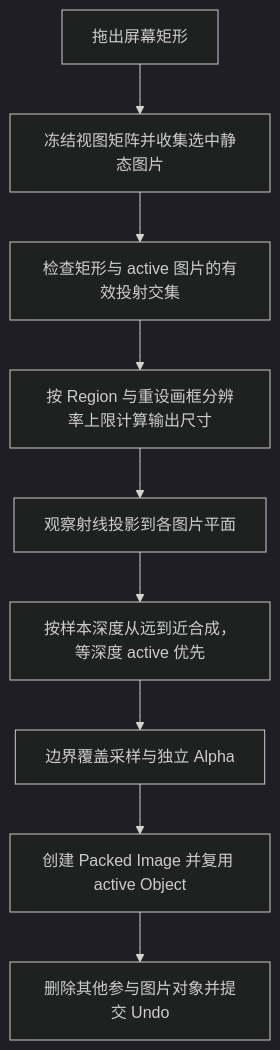
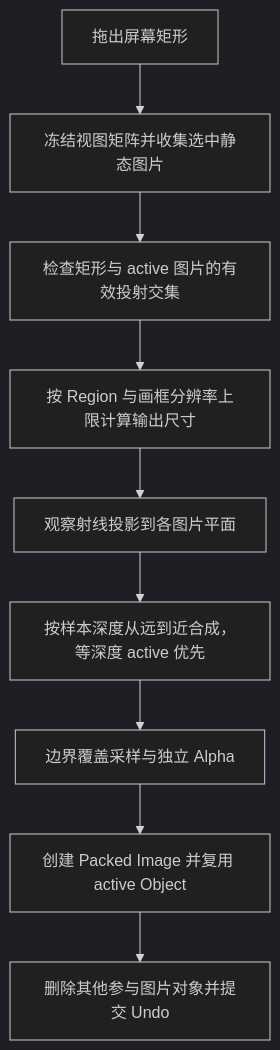
Before and after one commit to OmooLab/AnyImage: the diagram in docs/develop/operators/frame.md, drawn with Mermaid (dark theme). The commit also changed 43 other files, not shown here.

````diff
--- a/docs/develop/operators/frame.md
+++ b/docs/develop/operators/frame.md
@@ -5,11 +5,11 @@
 ```mermaid
 flowchart TD
     A[拖出屏幕矩形] --> B[冻结视图矩阵并收集选中静态图片]
     B --> C[检查矩形与 active 图片的有效投射交集]
-    C --> D[按 Region 与重设画框分辨率上限计算输出尺寸]
+    C --> D[按 Region 与画框分辨率上限计算输出尺寸]
     D --> E[观察射线投影到各图片平面]
     E --> F[按样本深度从远到近合成，等深度 active 优先]
     F --> G[边界覆盖采样与独立 Alpha]
     G --> H[创建 Packed Image 并复用 active Object]
     H --> I[删除其他参与图片对象并提交 Undo]
 ```
````
